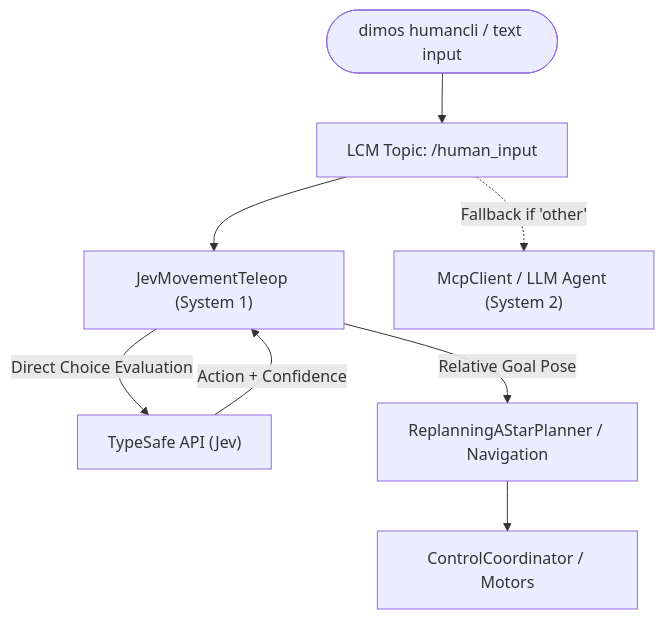
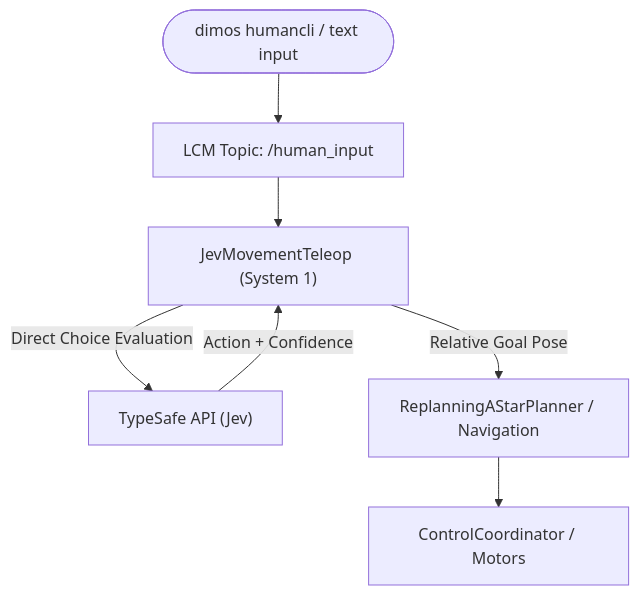
One commit to EkagraAgarwal/Steve changed the diagram in GO2_TEXT_COMMAND_JEV.md. Above: the diagram before and after it, drawn with Mermaid. The commit also changed other lines of this file and 10 other files, not shown here.

````diff
--- a/GO2_TEXT_COMMAND_JEV.md
+++ b/GO2_TEXT_COMMAND_JEV.md
@@ -16,13 +16,12 @@
 ```mermaid
 flowchart TD
     User(["dimos humancli / text input"]) --> Topic["LCM Topic: /human_input"]
     
     Topic --> Jev["JevMovementTeleop (System 1)"]
-    Topic -.->|Fallback if 'other'| Agent["McpClient / LLM Agent (System 2)"]
     
     Jev -->|Direct Choice Evaluation| TypeSafe["TypeSafe API (Jev)"]
     TypeSafe -->|Action + Confidence| Jev
     
     Jev -->|Relative Goal Pose| Nav["ReplanningAStarPlanner / Navigation"]
     Nav --> Control["ControlCoordinator / Motors"]
 ```
````
